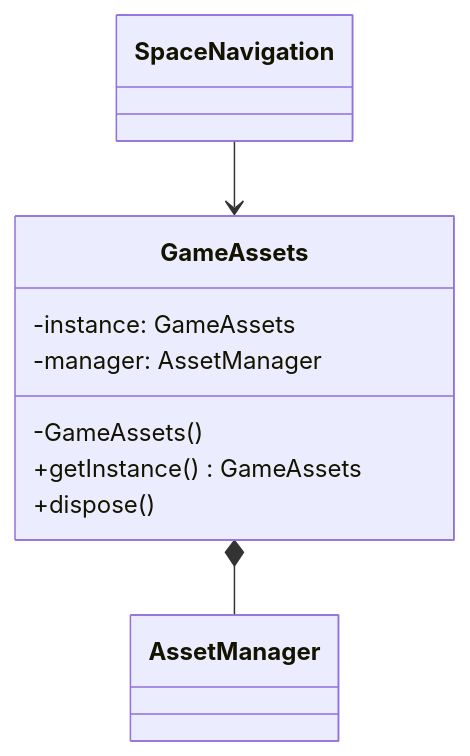
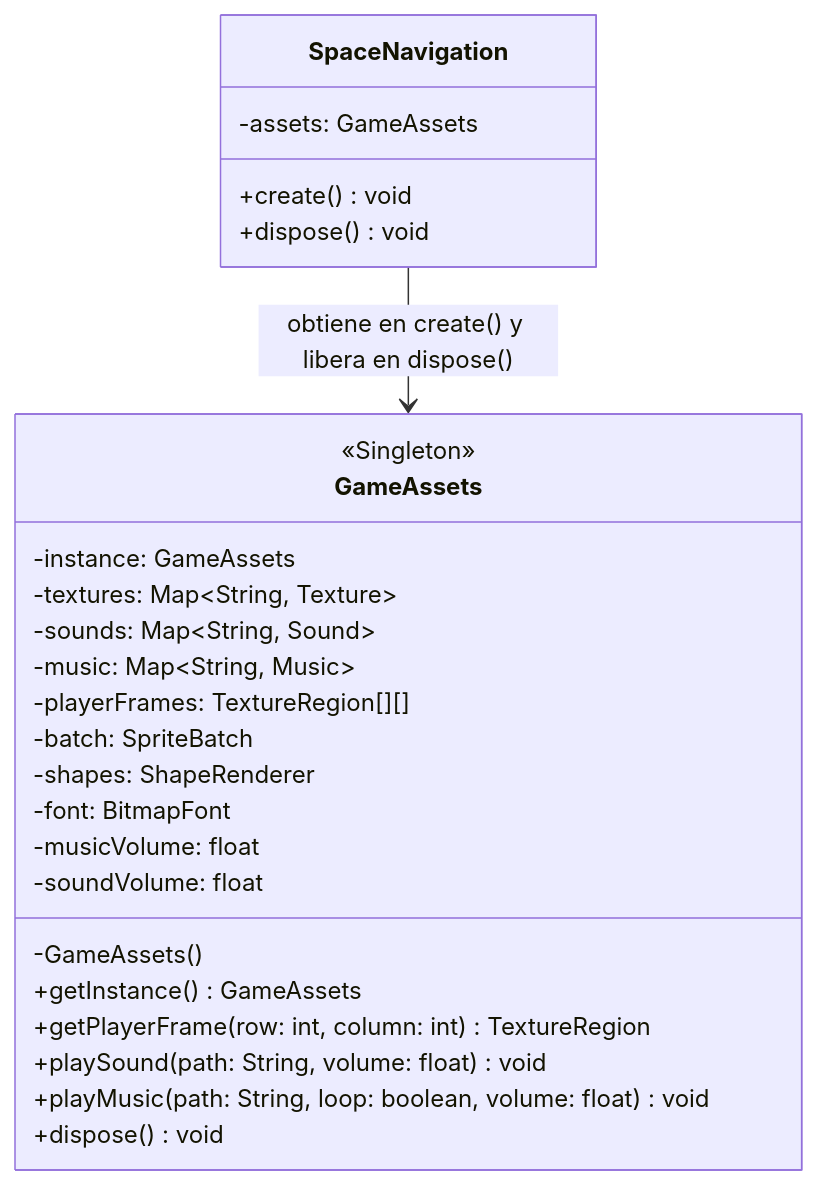
The first of 4 diagrams in REPORTE_PROYECTO.md (L3v1smpr/GameProject), drawn with Mermaid before and after one commit. The commit also changed other lines of this file and 93 other files, not shown here.

````diff
--- a/REPORTE_PROYECTO.md
+++ b/REPORTE_PROYECTO.md
@@ -173,14 +173,28 @@
 ```mermaid
 classDiagram
-    class SpaceNavigation
+    class SpaceNavigation {
+        -assets: GameAssets
+        +create() void
+        +dispose() void
+    }
     class GameAssets {
+        <<Singleton>>
         -instance: GameAssets
-        -manager: AssetManager
+        -textures: Map~String, Texture~
+        -sounds: Map~String, Sound~
+        -music: Map~String, Music~
+        -playerFrames: TextureRegion[][]
+        -batch: SpriteBatch
+        -shapes: ShapeRenderer
+        -font: BitmapFont
+        -musicVolume: float
+        -soundVolume: float
         -GameAssets()
         +getInstance() GameAssets
-        +dispose()
+        +getPlayerFrame(row: int, column: int) TextureRegion
+        +playSound(path: String, volume: float) void
+        +playMusic(path: String, loop: boolean, volume: float) void
+        +dispose() void
     }
-    class AssetManager
-    SpaceNavigation --> GameAssets
-    GameAssets *-- AssetManager
+    SpaceNavigation --> GameAssets : obtiene en create() y libera en dispose()
 ```
````
